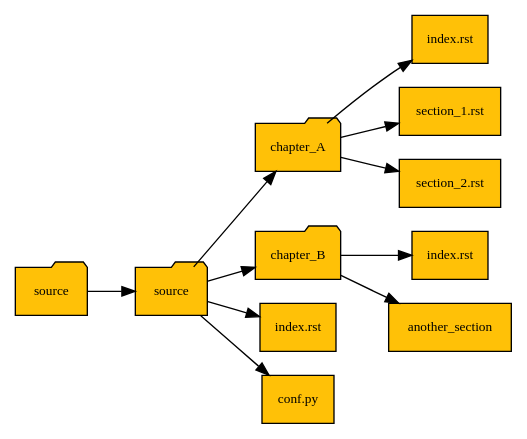
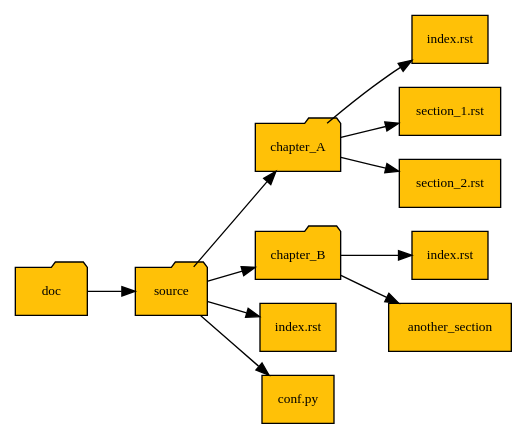
One commit to ansys/pyansys-dev-guide changed the diagram in doc/source/how-to/diag/doc_layout.rst. Above: the diagram before and after it, drawn with Graphviz. The commit also changed 2 other files, not shown here.

Commit message:
First-round additions

```diff
--- a/doc/source/how-to/diag/doc_layout.rst
+++ b/doc/source/how-to/diag/doc_layout.rst
@@ -2,74 +2,73 @@
 .. graphviz::
-    :caption: Generic structure for PyAnsys library documentation.
-    :alt: Generic structure for PyAnsys library documentation.
-    :align: center
+    :caption: Hierarchical structure for PyAnsys library documentation.
+    :alt: Hierarchical structure for PyAnsys library documentation.
 
      digraph "sphinx-ext-graphviz" {
          size="8,6";
          bgcolor="white"
          rankdir="LR";
          graph [
            fontname="Verdana", fontsize="10", color="black", fillcolor="white"
          ];
          node [
            fontname="Verdana", fontsize="10", style="filled", color="black", fillcolor="#ffc107"
          ];
 
          doc [
-           label="source", shape="folder"
+           label="doc", shape="folder"
          ]
 
          source [
            label="source", shape="folder"
          ]
 
          chapter_A [
            label="chapter_A", shape="folder"
          ]
 
          chapter_B [
            label="chapter_B", shape="folder"
          ]
 
          index_file [
            label="index.rst", shape="file"
          ]
 
          index_file_A [
            label="index.rst", shape="file"
          ]
 
          index_file_B [
            label="index.rst", shape="file"
          ]
 
          section_A_1 [
            label="section_1.rst", shape="file"
          ]
 
          section_A_2 [
            label="section_2.rst", shape="file"
          ]
 
          another_section [
            label="another_section", shape="file"
          ]
 
          conf_file [
            label="conf.py", shape="file"
          ]
 
          doc -> source;
 
          source -> conf_file;
          source -> index_file;
          source -> chapter_A;
          source -> chapter_B;
 
          chapter_A -> index_file_A;
          chapter_A -> section_A_1;
          chapter_A -> section_A_2;
 
          chapter_B -> index_file_B;
          chapter_B -> another_section;
      }
```
